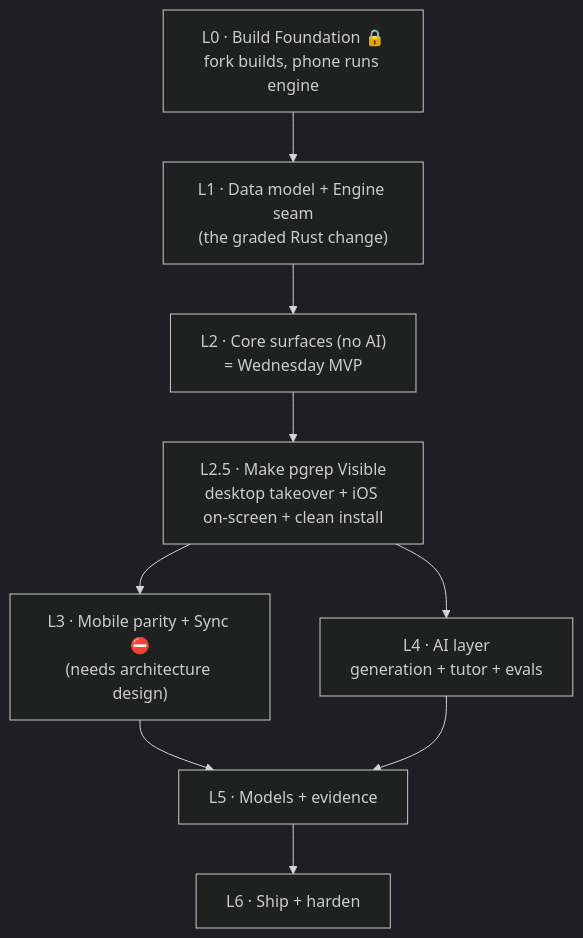
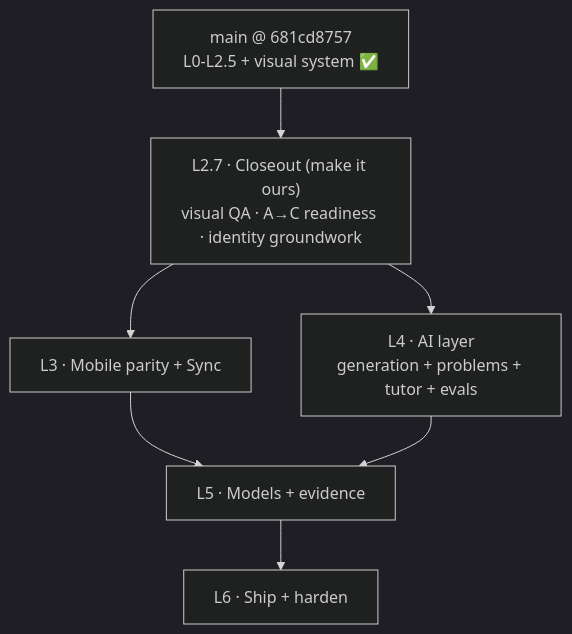
One commit to philote-dev/inka changed the diagram in docs_pgrep/plan/build-plan.md. Above: the diagram before and after it, drawn with Mermaid (dark theme). The commit also changed other lines of this file and 1 other file, not shown here.

First line of the commit message:
docs(plan): replace build-plan.md with the unified build plan

````diff
--- a/docs_pgrep/plan/build-plan.md
+++ b/docs_pgrep/plan/build-plan.md
@@ -17,11 +37,9 @@
 ```mermaid
 flowchart TD
-    L0["L0 · Build Foundation 🔒<br/>fork builds, phone runs engine"] --> L1["L1 · Data model + Engine seam<br/>(the graded Rust change)"]
-    L1 --> L2["L2 · Core surfaces (no AI)<br/>= Wednesday MVP"]
-    L2 --> L25["L2.5 · Make pgrep Visible<br/>desktop takeover + iOS on-screen + clean install"]
-    L25 --> L3["L3 · Mobile parity + Sync ⛔<br/>(needs architecture design)"]
-    L25 --> L4["L4 · AI layer<br/>generation + tutor + evals"]
+    NOW["main @ 681cd8757<br/>L0-L2.5 + visual system ✅"] --> L27["L2.7 · Closeout (make it ours)<br/>visual QA · A→C readiness · identity groundwork"]
+    L27 --> L3["L3 · Mobile parity + Sync"]
+    L27 --> L4["L4 · AI layer<br/>generation + problems + tutor + evals"]
     L3 --> L5["L5 · Models + evidence"]
     L4 --> L5
     L5 --> L6["L6 · Ship + harden"]
 ```
````
